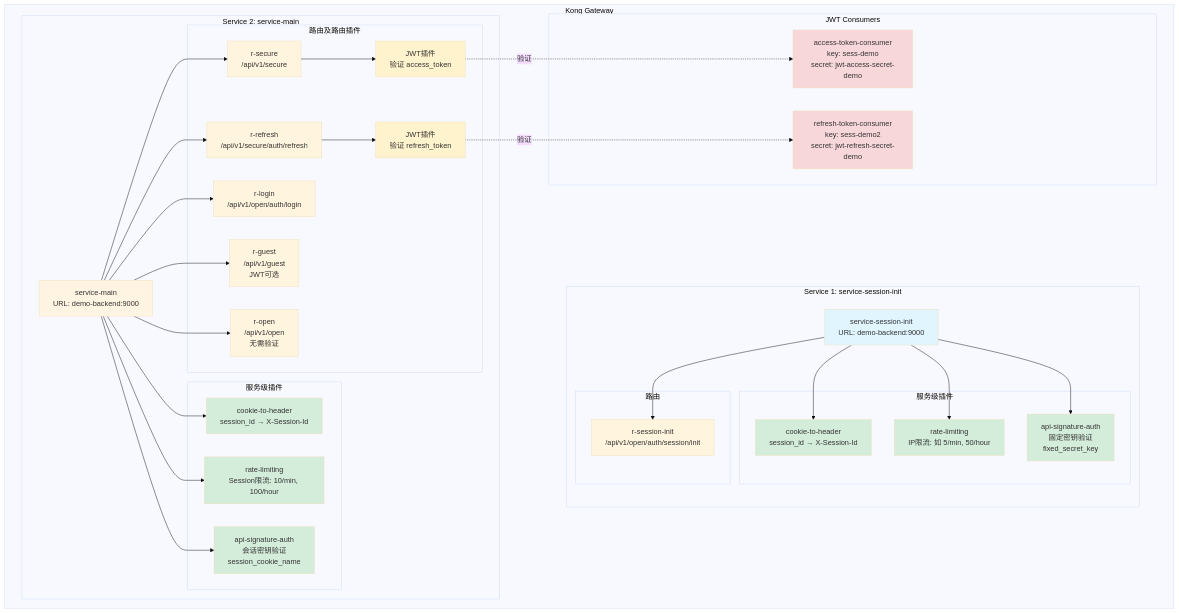
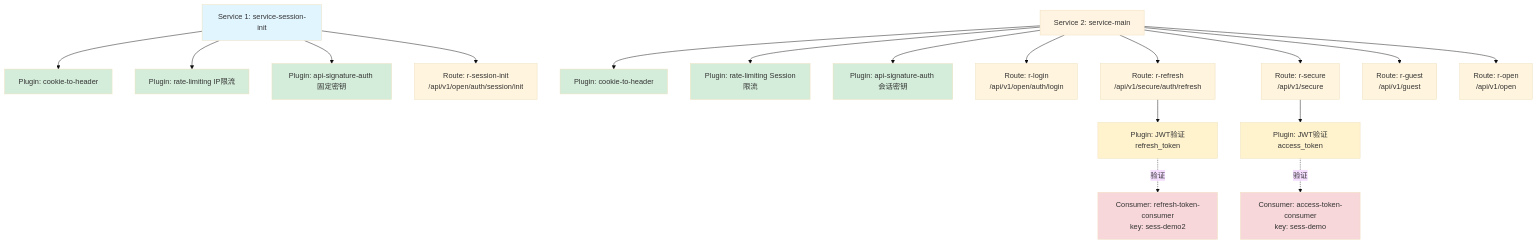
The diagram in all/未命名-8.md (yingjianzh/iodraw-files), drawn with Mermaid (base theme) before and after one commit.

Commit message:
2025-12-10 09:49:05 update

````diff
--- a/all/未命名-8.md
+++ b/all/未命名-8.md
@@ -1,82 +1,57 @@
 ```mermaid
-
 graph TB
-    subgraph "Kong Gateway"
-        subgraph "Service 1: service-session-init"
-            S1[service-session-init<br/>URL: demo-backend:9000]
-            
-            subgraph "服务级插件"
-                S1P1[cookie-to-header<br/>session_id → X-Session-Id]
-                S1P2[rate-limiting<br/>IP限流: 如 5/min, 50/hour]
-                S1P3[api-signature-auth<br/>固定密钥验证<br/>fixed_secret_key]
-            end
-            
-            subgraph "路由"
-                R1[r-session-init<br/>/api/v1/open/auth/session/init]
-            end
-            
-            S1 --> S1P1
-            S1 --> S1P2
-            S1 --> S1P3
-            S1 --> R1
-        end
-        
-        subgraph "Service 2: service-main"
-            S2[service-main<br/>URL: demo-backend:9000]
-            
-            subgraph "服务级插件 "
-                S2P1[cookie-to-header<br/>session_id → X-Session-Id]
-                S2P2[rate-limiting<br/>Session限流: 10/min, 100/hour]
-                S2P3[api-signature-auth<br/>会话密钥验证<br/>session_cookie_name]
-            end
-            
-            subgraph "路由及路由插件"
-                R2[r-login<br/>/api/v1/open/auth/login]
-                
-                R3[r-refresh<br/>/api/v1/secure/auth/refresh]
-                R3P1[JWT插件<br/>验证 refresh_token]
-                
-                R4[r-secure<br/>/api/v1/secure]
-                R4P1[JWT插件<br/>验证 access_token]
-                
-                R5[r-guest<br/>/api/v1/guest<br/>JWT可选]
-                
-                R6[r-open<br/>/api/v1/open<br/>无需验证]
-                
-                R3 --> R3P1
-                R4 --> R4P1
-            end
-            
-            S2 --> S2P1
-            S2 --> S2P2
-            S2 --> S2P3
-            S2 --> R2
-            S2 --> R3
-            S2 --> R4
-            S2 --> R5
-            S2 --> R6
-        end
-        
-        subgraph "JWT Consumers"
-            C1[access-token-consumer<br/>key: sess-demo<br/>secret: jwt-access-secret-demo]
-            C2[refresh-token-consumer<br/>key: sess-demo2<br/>secret: jwt-refresh-secret-demo]
-        end
-        
-        R3P1 -.验证.-> C2
-        R4P1 -.验证.-> C1
-    end
+    S1[Service 1: service-session-init]
+    S1P1[Plugin: cookie-to-header]
+    S1P2[Plugin: rate-limiting IP限流]
+    S1P3[Plugin: api-signature-auth 固定密钥]
+    R1[Route: r-session-init<br/>/api/v1/open/auth/session/init]
+    
+    S1 --> S1P1
+    S1 --> S1P2
+    S1 --> S1P3
+    S1 --> R1
+    
+    S2[Service 2: service-main]
+    S2P1[Plugin: cookie-to-header]
+    S2P2[Plugin: rate-limiting Session限流]
+    S2P3[Plugin: api-signature-auth 会话密钥]
+    
+    R2[Route: r-login<br/>/api/v1/open/auth/login]
+    R3[Route: r-refresh<br/>/api/v1/secure/auth/refresh]
+    R3P[Plugin: JWT验证refresh_token]
+    R4[Route: r-secure<br/>/api/v1/secure]
+    R4P[Plugin: JWT验证access_token]
+    R5[Route: r-guest<br/>/api/v1/guest]
+    R6[Route: r-open<br/>/api/v1/open]
+    
+    S2 --> S2P1
+    S2 --> S2P2
+    S2 --> S2P3
+    S2 --> R2
+    S2 --> R3
+    S2 --> R4
+    S2 --> R5
+    S2 --> R6
+    
+    R3 --> R3P
+    R4 --> R4P
+    
+    C1[Consumer: access-token-consumer<br/>key: sess-demo]
+    C2[Consumer: refresh-token-consumer<br/>key: sess-demo2]
+    
+    R3P -.验证.-> C2
+    R4P -.验证.-> C1
     
     style S1 fill:#e1f5ff
     style S2 fill:#fff4e1
     style S1P1 fill:#d4edda
     style S1P2 fill:#d4edda
     style S1P3 fill:#d4edda
     style S2P1 fill:#d4edda
     style S2P2 fill:#d4edda
     style S2P3 fill:#d4edda
-    style R3P1 fill:#fff3cd
-    style R4P1 fill:#fff3cd
+    style R3P fill:#fff3cd
+    style R4P fill:#fff3cd
     style C1 fill:#f8d7da
     style C2 fill:#f8d7da
-
 ```
````
